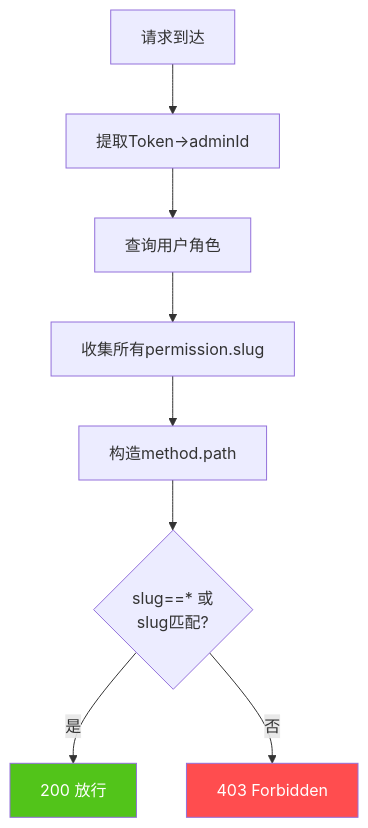
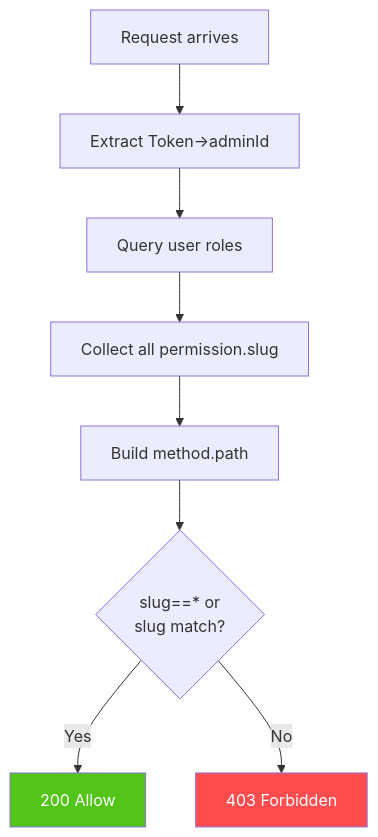
One commit to erikwang2013/game-platform-php changed the second of 3 diagrams in admin/docs/diagrams/05-rbac-model.en.md. Above: the diagram before and after it, drawn with Mermaid. The commit also changed other lines of this file and 211 other files, not shown here.

First line of the commit message:
fix: 支付配置读回类型根治、提现事件对账巡检，12 语族 mermaid 与 API 标签本地化

````diff
--- a/admin/docs/diagrams/05-rbac-model.en.md
+++ b/admin/docs/diagrams/05-rbac-model.en.md
@@ -48,13 +48,13 @@
 ```mermaid
 flowchart TD
-    start["请求到达"] --> extract["提取Token→adminId"]
-    extract --> findRoles["查询用户角色"]
-    findRoles --> collectSlug["收集所有permission.slug"]
-    collectSlug --> buildKey["构造method.path"]
-    buildKey --> check{"slug==* 或<br/>slug匹配?"}
-    check -->|"是"| allow["200 放行"]
-    check -->|"否"| deny["403 Forbidden"]
+    start["Request arrives"] --> extract["Extract Token→adminId"]
+    extract --> findRoles["Query user roles"]
+    findRoles --> collectSlug["Collect all permission.slug"]
+    collectSlug --> buildKey["Build method.path"]
+    buildKey --> check{"slug==* or<br/>slug match?"}
+    check -->|"Yes"| allow["200 Allow"]
+    check -->|"No"| deny["403 Forbidden"]
 
     style allow fill:#52C41A,color:#fff
     style deny fill:#FF4D4F,color:#fff
 ```
````
